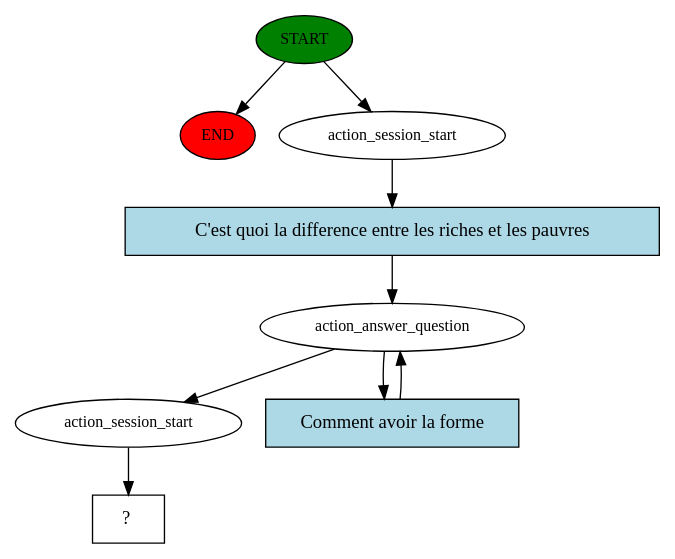
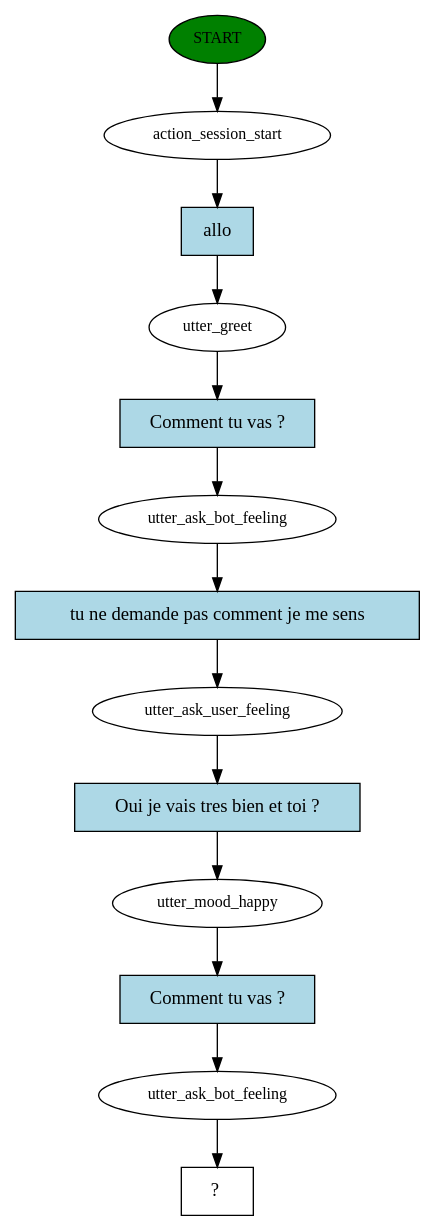
The diagram in jady/story_graph.dot (yattdev/Jady), drawn with Graphviz before and after one commit. The commit also changed 50 other files, not shown here.

```diff
--- a/jady/story_graph.dot
+++ b/jady/story_graph.dot
@@ -1,18 +1,27 @@
 digraph  {
 0 [class="start active", fillcolor=green, fontsize=12, label=START, style=filled];
-"-1" [class=end, fillcolor=red, fontsize=12, label=END, style=filled];
 1 [class=active, fontsize=12, label=action_session_start];
-2 [class=active, fontsize=12, label=action_answer_question];
-4 [class=active, fontsize=12, label=action_session_start];
-5 [class="intent dashed active", label="  ?  ", shape=rect];
-6 [class="intent active", fillcolor=lightblue, label="C'est quoi la difference entre les riches et les pauvres", shape=rect, style=filled];
-7 [class="intent active", fillcolor=lightblue, label="Comment avoir la forme", shape=rect, style=filled];
-0 -> "-1"  [class="", key=NONE, label=""];
+2 [class=active, fontsize=12, label=utter_greet];
+3 [class=active, fontsize=12, label=utter_ask_bot_feeling];
+4 [class=active, fontsize=12, label=utter_ask_user_feeling];
+5 [class=active, fontsize=12, label=utter_mood_happy];
+6 [class=active, fontsize=12, label=utter_ask_bot_feeling];
+7 [class="intent dashed active", label="  ?  ", shape=rect];
+8 [class="intent active", fillcolor=lightblue, label=allo, shape=rect, style=filled];
+9 [class="intent active", fillcolor=lightblue, label="Comment tu vas ?", shape=rect, style=filled];
+10 [class="intent active", fillcolor=lightblue, label="tu ne demande pas comment je me sens", shape=rect, style=filled];
+11 [class="intent active", fillcolor=lightblue, label="Oui je vais tres bien et toi ?", shape=rect, style=filled];
+12 [class="intent active", fillcolor=lightblue, label="Comment tu vas ?", shape=rect, style=filled];
 0 -> 1  [class=active, key=NONE, label=""];
-1 -> 6  [class=active, key=0];
-2 -> 4  [class=active, key=NONE, label=""];
-2 -> 7  [class=active, key=0];
-4 -> 5  [class=active, key=NONE, label=""];
-6 -> 2  [class=active, key=0];
-7 -> 2  [class=active, key=0];
+1 -> 8  [class=active, key=0];
+2 -> 9  [class=active, key=0];
+3 -> 10  [class=active, key=0];
+4 -> 11  [class=active, key=0];
+5 -> 12  [class=active, key=0];
+6 -> 7  [class=active, key=NONE, label=""];
+8 -> 2  [class=active, key=0];
+9 -> 3  [class=active, key=0];
+10 -> 4  [class=active, key=0];
+11 -> 5  [class=active, key=0];
+12 -> 6  [class=active, key=0];
 }
```
